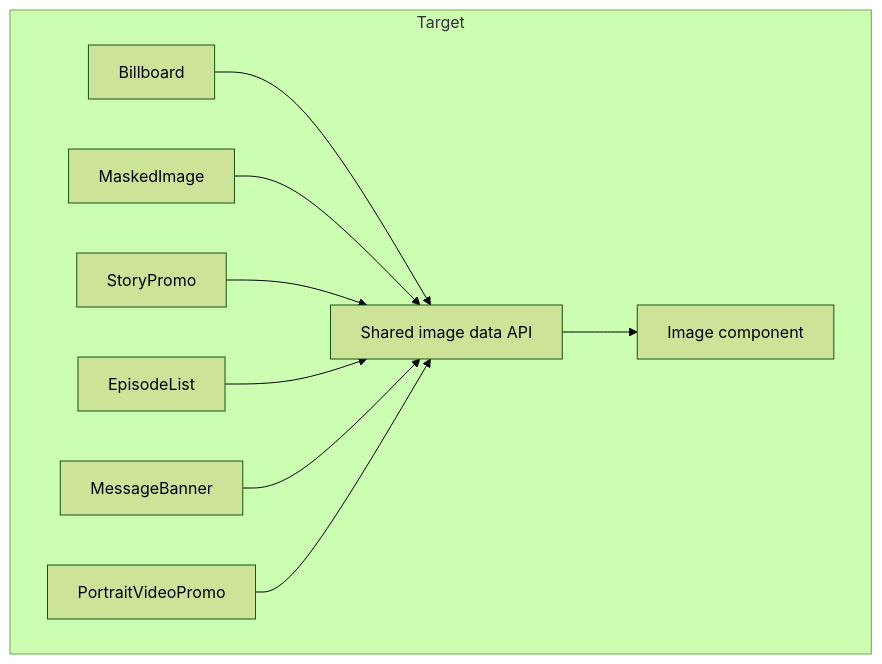
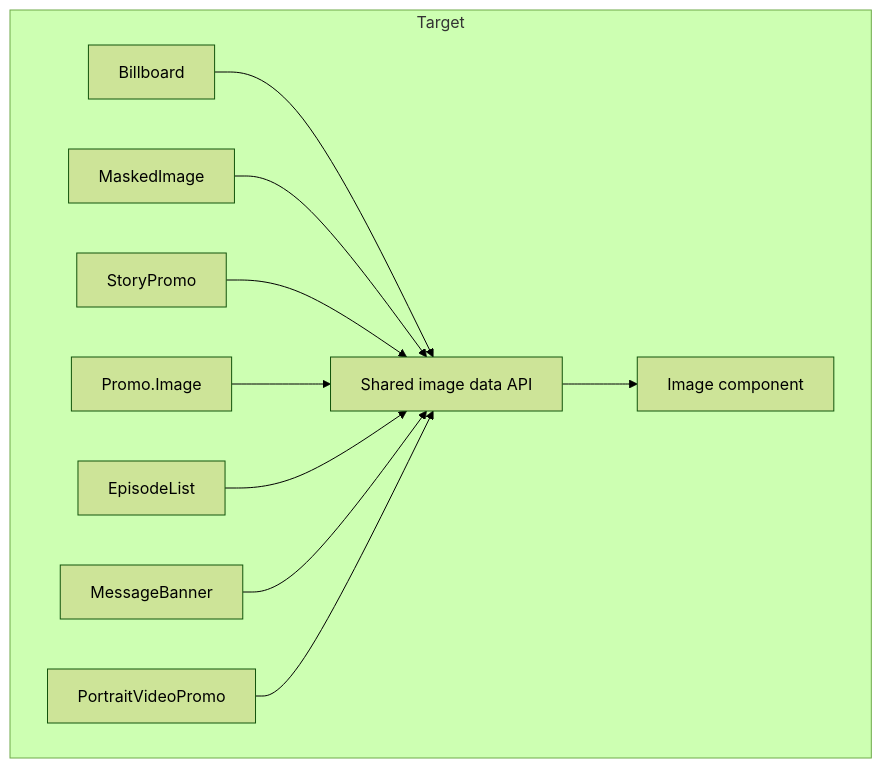
The second of 3 diagrams in docs/Image-Component-Migration-Plan.mdx (bbc/simorgh), drawn with Mermaid (forest theme) before and after one commit. The commit also changed other lines of this file, not shown here.

Commit message:
Correct image migration audit

````diff
--- a/docs/Image-Component-Migration-Plan.mdx
+++ b/docs/Image-Component-Migration-Plan.mdx
@@ -51,12 +55,13 @@
 ```mermaid
 flowchart TD
     subgraph Target
         Billboard2[Billboard] --> SharedAPI[Shared image data API]
         MaskedImage2[MaskedImage] --> SharedAPI
         StoryPromo2[StoryPromo] --> SharedAPI
+      PromoImage2[Promo.Image] --> SharedAPI
         EpisodeList2[EpisodeList] --> SharedAPI
         MessageBanner2[MessageBanner] --> SharedAPI
         PortraitVideoPromo2[PortraitVideoPromo] --> SharedAPI
         SharedAPI --> Image2[Image component]
     end
 ```
````
